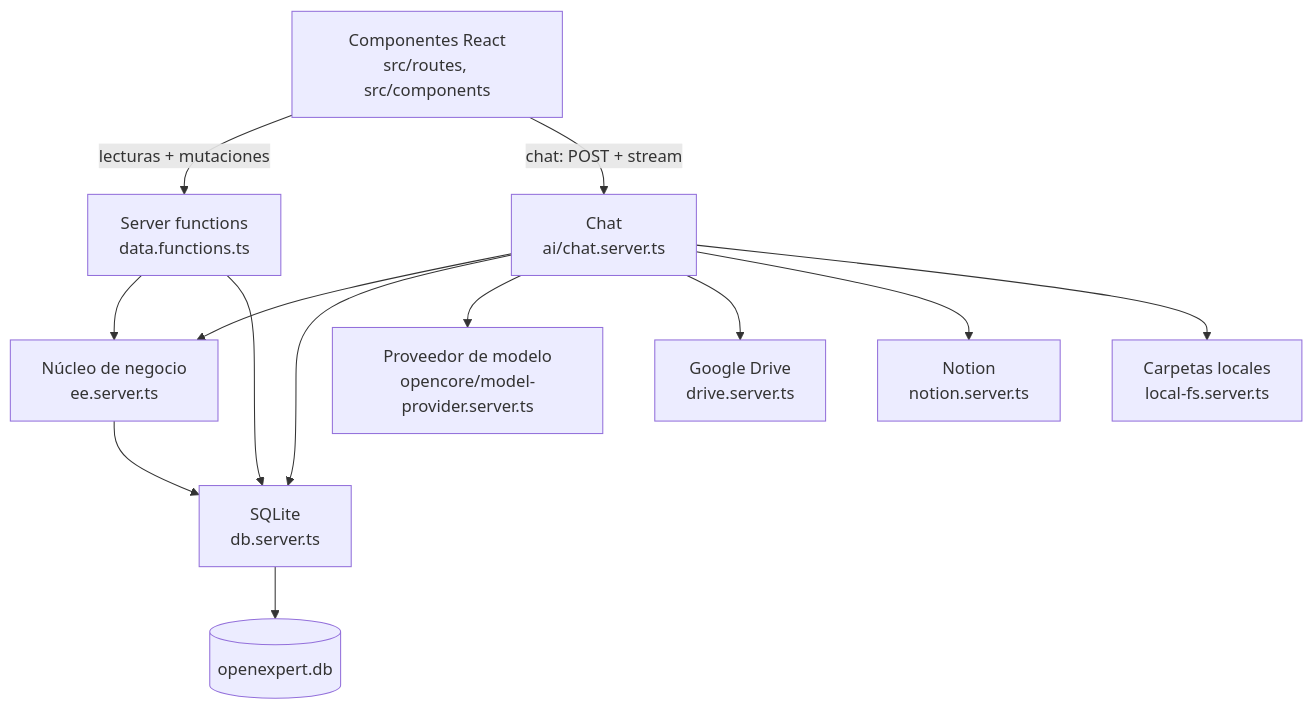
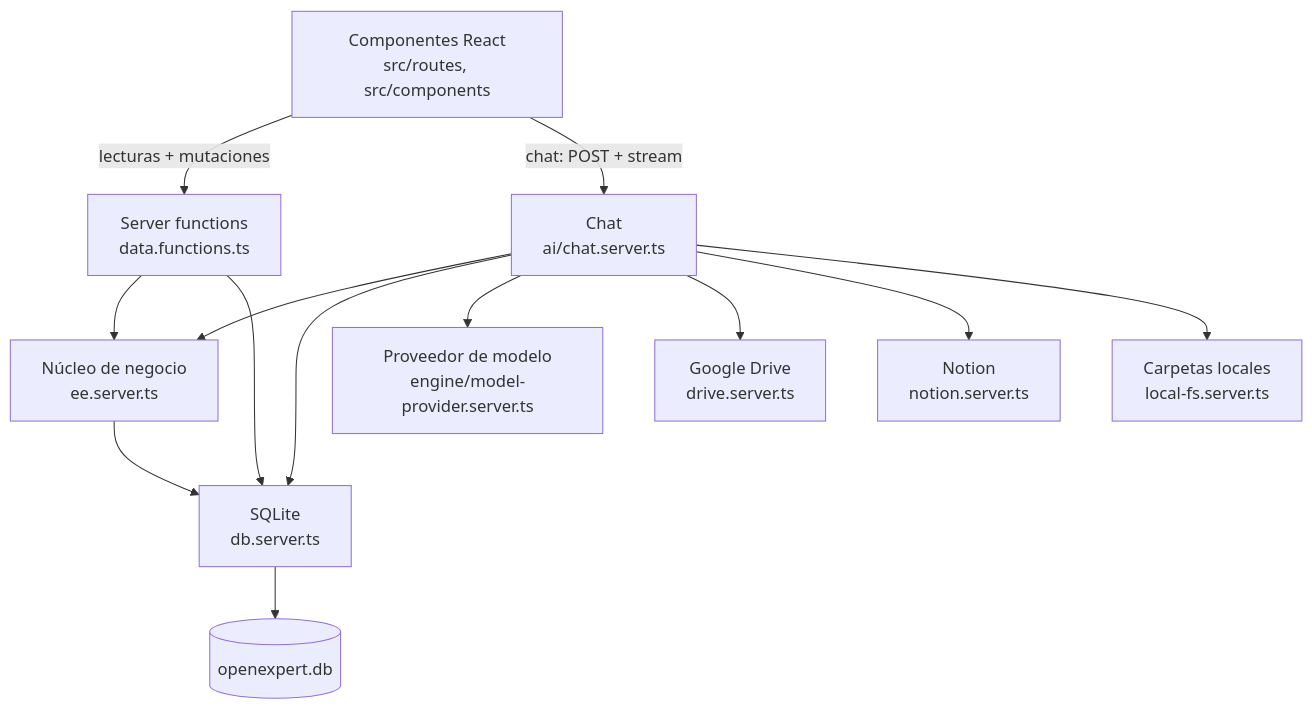
The first of 2 diagrams in docs/es/02-arquitectura.md (OpenExpert-ai/OpenExpert), drawn with Mermaid before and after one commit. The commit also changed other lines of this file and 33 other files, not shown here.

````diff
--- a/docs/es/02-arquitectura.md
+++ b/docs/es/02-arquitectura.md
@@ -26,26 +26,26 @@
 ```mermaid
 graph TD
     UI[Componentes React<br/>src/routes, src/components]
     SF[Server functions<br/>data.functions.ts]
     EE[Núcleo de negocio<br/>ee.server.ts]
     DB[SQLite<br/>db.server.ts]
     CHAT[Chat<br/>ai/chat.server.ts]
-    MODEL[Proveedor de modelo<br/>opencore/model-provider.server.ts]
+    MODEL[Proveedor de modelo<br/>engine/model-provider.server.ts]
     DRV[Google Drive<br/>drive.server.ts]
     NOT[Notion<br/>notion.server.ts]
     LOC[Carpetas locales<br/>local-fs.server.ts]
     FILE[(openexpert.db)]
 
     UI -->|lecturas + mutaciones| SF
     UI -->|chat: POST + stream| CHAT
     SF --> EE
     SF --> DB
     CHAT --> EE
     CHAT --> DB
     CHAT --> MODEL
     CHAT --> DRV
     CHAT --> NOT
     CHAT --> LOC
     EE --> DB
     DB --> FILE
 ```
````
